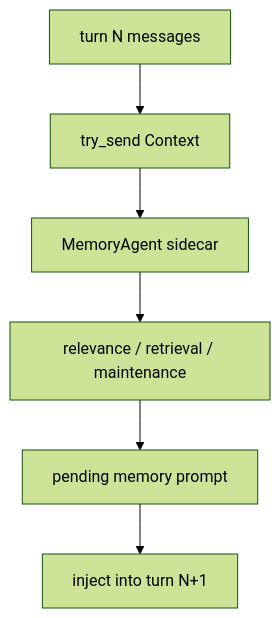
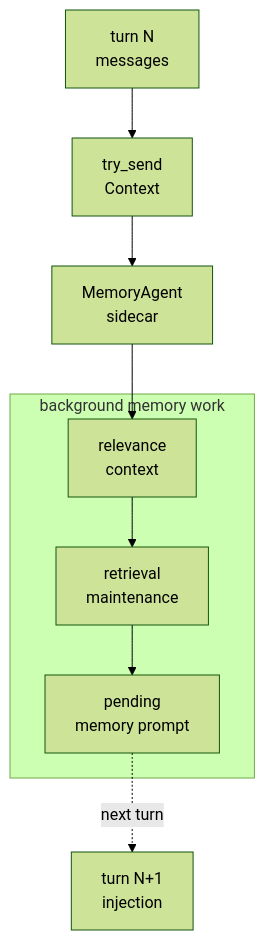
The first of 2 diagrams in docs/en/s07-memory.md (Br1an67/learn-jcode), drawn with Mermaid (forest theme) before and after one commit. The commit also changed other lines of this file and 23 other files, not shown here.

Commit message:
Improve Mermaid diagram layout

````diff
--- a/docs/en/s07-memory.md
+++ b/docs/en/s07-memory.md
@@ -11,8 +11,16 @@
 ```mermaid
 flowchart TD
-  TurnN["turn N messages"] --> TrySend["try_send Context"]
-  TrySend --> MemoryAgent["MemoryAgent sidecar"]
-  MemoryAgent --> Retrieve["relevance / retrieval / maintenance"]
-  Retrieve --> Pending["pending memory prompt"]
-  Pending --> TurnNext["inject into turn N+1"]
+  TurnN["turn N<br/>messages"] --> TrySend["try_send<br/>Context"]
+  TrySend --> Sidecar["MemoryAgent<br/>sidecar"]
+
+  subgraph Work["background memory work"]
+    Relevance["relevance<br/>context"]
+    Retrieve["retrieval<br/>maintenance"]
+    Pending["pending<br/>memory prompt"]
+  end
+
+  Sidecar --> Relevance
+  Relevance --> Retrieve
+  Retrieve --> Pending
+  Pending -. next turn .-> TurnNext["turn N+1<br/>injection"]
 ```
````
